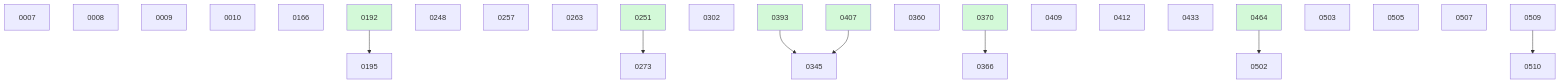
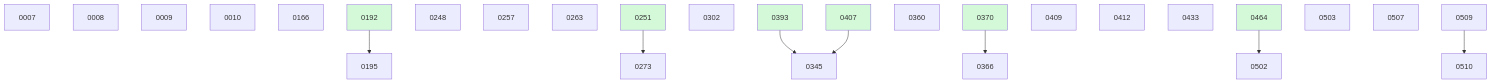
Before and after one commit to danielhanold/docket: the diagram in docs/changes/BOARD.md, drawn with Mermaid. The commit also changed other lines of this file and 2 other files, not shown here.

````diff
--- a/docs/changes/BOARD.md
+++ b/docs/changes/BOARD.md
@@ -53,34 +47,33 @@
 ```mermaid
 graph TD
   0007
   0008
   0009
   0010
   0166
   0192 --> 0195
   0248
   0257
   0263
   0251 --> 0273
   0302
   0393 --> 0345
   0407 --> 0345
   0360
   0370 --> 0366
   0409
   0412
   0433
   0464 --> 0502
   0503
-  0505
   0507
   0509
   0509 --> 0510
   0192:::done
   0251:::done
   0370:::done
   0393:::done
   0407:::done
   0464:::done
   classDef done fill:#d3f9d8;
 ```
````
